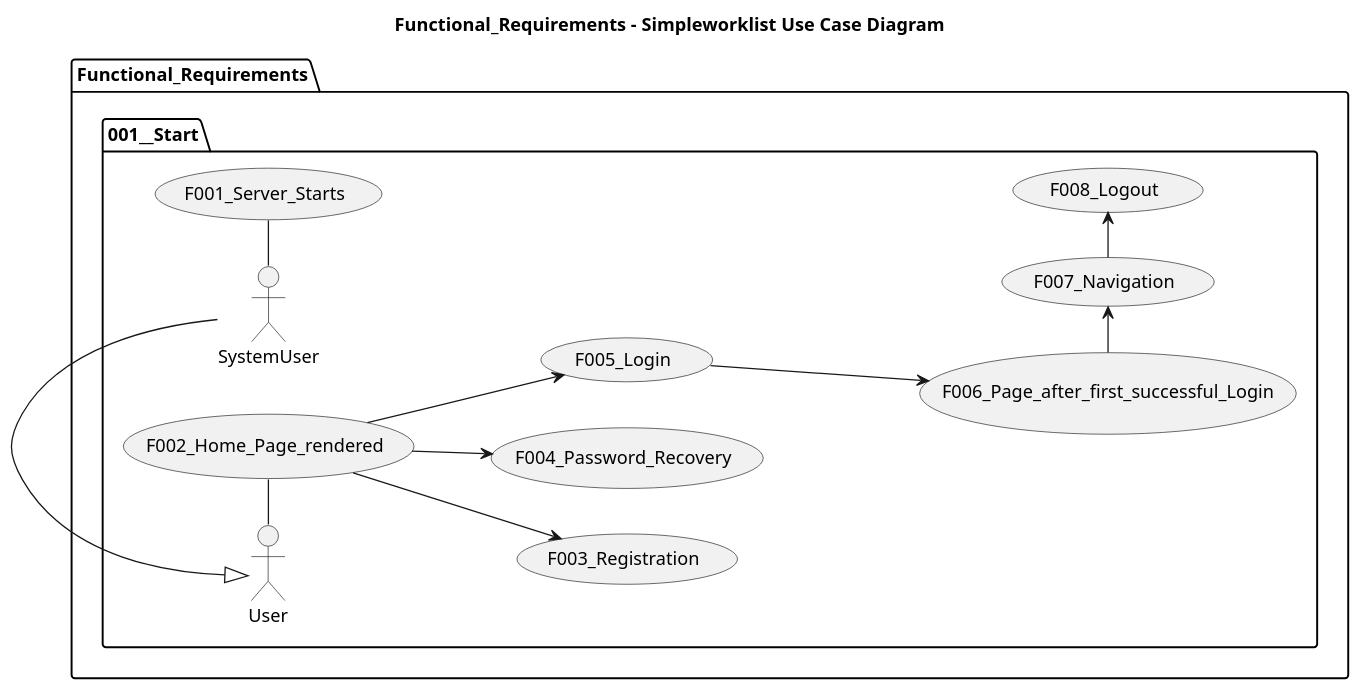
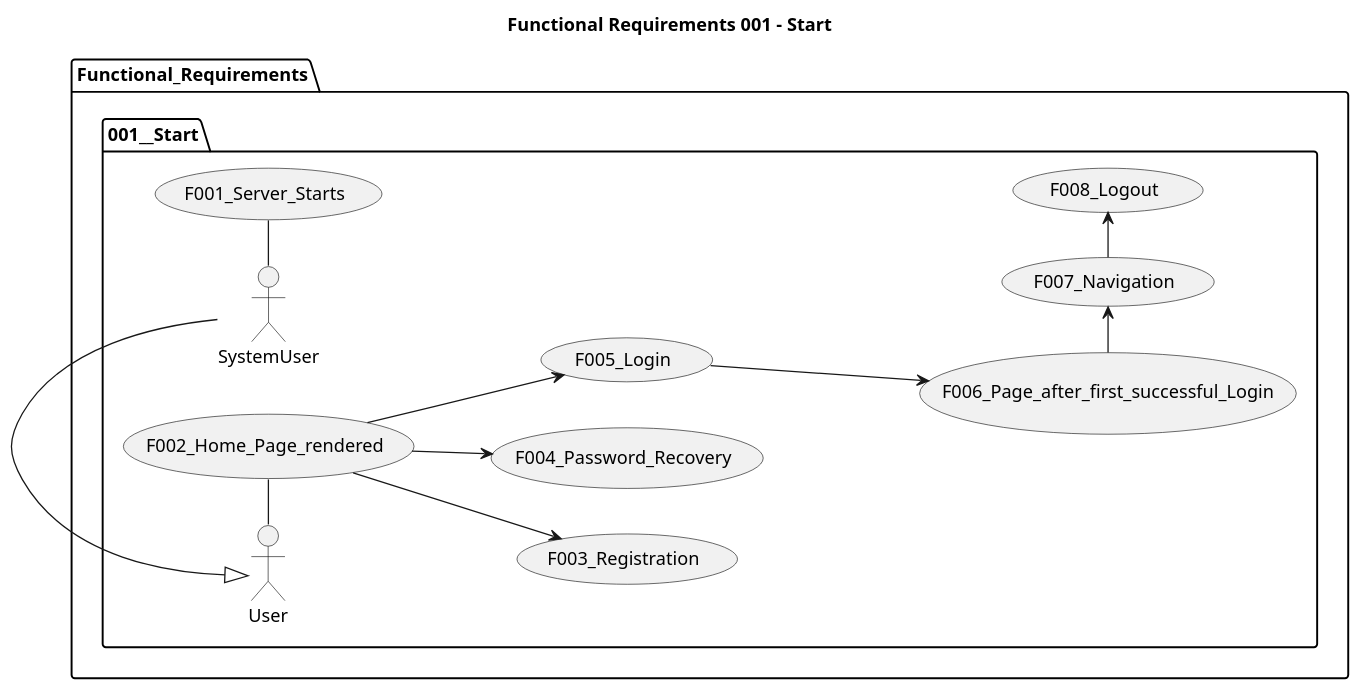
Before and after one commit to Spring-Framework-Java-Apps/simpleworklist: the diagram in src/main/plantuml/Simpleworklist__Use_Cases__001__Start.puml, drawn with PlantUML. The commit also changed 15 other files, not shown here.

```diff
--- a/src/main/plantuml/Simpleworklist__Use_Cases__001__Start.puml
+++ b/src/main/plantuml/Simpleworklist__Use_Cases__001__Start.puml
@@ -1,28 +1,28 @@
 @startuml
 
-title Functional_Requirements - Simpleworklist Use Case Diagram
+title Functional Requirements 001 - Start
 
 left to right direction
 'top to bottom direction
 
 'https://plantuml.com/use-case-diagram
 
 scale 1200 width
 
 package Functional_Requirements {
 
   package 001__Start {
     SystemUser - (F001_Server_Starts)
     User - (F002_Home_Page_rendered)
     (F002_Home_Page_rendered) --> (F003_Registration)
     (F002_Home_Page_rendered) --> (F004_Password_Recovery)
     (F002_Home_Page_rendered) --> (F005_Login)
     (F005_Login) ---> (F006_Page_after_first_successful_Login)
     (F006_Page_after_first_successful_Login) -> (F007_Navigation)
     (F007_Navigation) -> (F008_Logout)
 
     User <|- SystemUser
   }
 
 }
 @enduml
```
